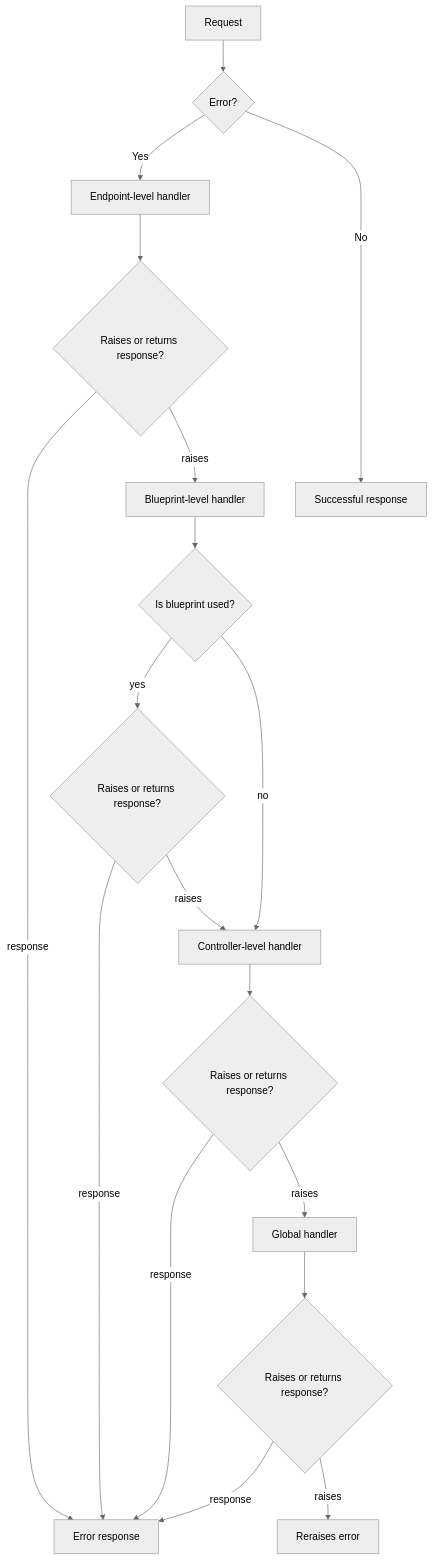
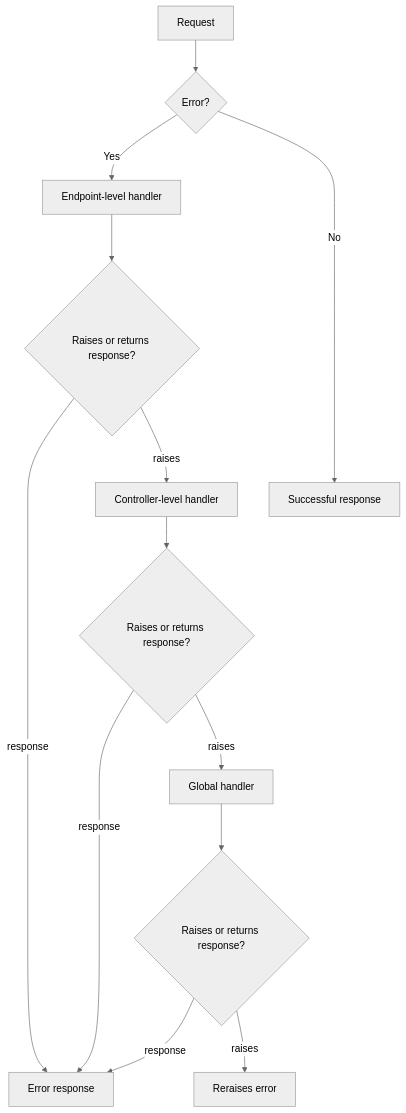
The diagram in docs/pages/error-handling.rst (wemake-services/django-modern-rest), drawn with Mermaid (neutral theme) before and after one commit. The commit also changed other lines of this file and 36 other files, not shown here.

```diff
--- a/docs/pages/error-handling.rst
+++ b/docs/pages/error-handling.rst
@@ -134,22 +120,17 @@
 .. mermaid::
   :caption: Error handling logic
   :config: {"theme": "forest"}
 
   graph TB
       Start[Request] --> Error{Error?};
       Error -->|Yes| Endpoint[Endpoint-level handler];
       Endpoint --> EndpointHandler{Raises or returns response?};
       EndpointHandler -->|response| Failure[Error response];
-      EndpointHandler -->|raises| Blueprint[Blueprint-level handler];
-      Blueprint --> BlueprintDefinition{Is blueprint used?}
-      BlueprintDefinition -->|yes| BlueprintHandler{Raises or returns response?};
-      BlueprintDefinition -->|no| Controller;
-      BlueprintHandler -->|response| Failure[Error response];
-      BlueprintHandler -->|raises| Controller[Controller-level handler];
+      EndpointHandler -->|raises| Controller[Controller-level handler];
       Controller --> ControllerHandler{Raises or returns response?};
       ControllerHandler -->|response| Failure[Error response];
       ControllerHandler -->|raises| Global[Global handler];
       Global --> GlobalHandler{Raises or returns response?};
       GlobalHandler -->|response| Failure[Error response];
       GlobalHandler -->|raises| Reraises[Reraises error];
       Error ---->|No| Success[Successful response];
```
